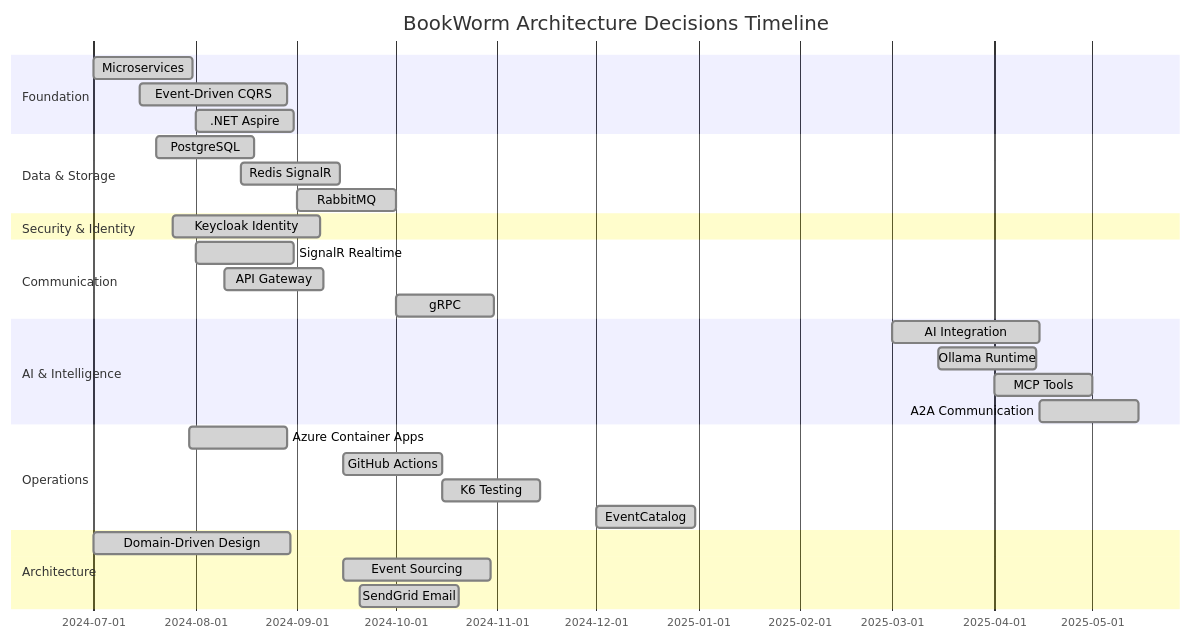
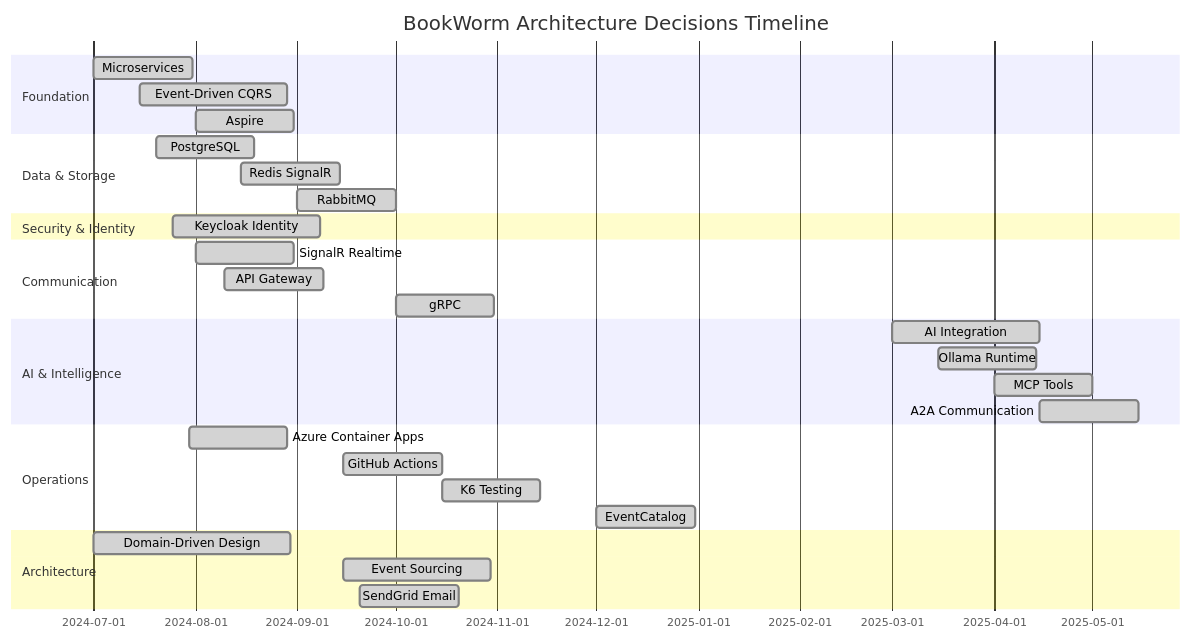
One commit to foxminchan/BookWorm changed the first of 3 diagrams in docs/docusaurus/docs/09-architecture-decisions/overview.mdx. Above: the diagram before and after it, drawn with Mermaid. The commit also changed other lines of this file and 50 other files, not shown here.

````diff
--- a/docs/docusaurus/docs/09-architecture-decisions/overview.mdx
+++ b/docs/docusaurus/docs/09-architecture-decisions/overview.mdx
@@ -19,33 +19,33 @@
 ```mermaid
 gantt
     title BookWorm Architecture Decisions Timeline
     dateFormat YYYY-MM-DD
     section Foundation
     Microservices           :done, foundation1, 2024-07-01, 30d
     Event-Driven CQRS      :done, foundation2, 2024-07-15, 45d
-    .NET Aspire            :done, foundation3, 2024-08-01, 30d
+    Aspire            :done, foundation3, 2024-08-01, 30d
     section Data & Storage
     PostgreSQL             :done, data1, 2024-07-20, 30d
     Redis SignalR          :done, data2, 2024-08-15, 30d
     RabbitMQ               :done, data3, 2024-09-01, 30d
     section Security & Identity
     Keycloak Identity      :done, security1, 2024-07-25, 45d
     section Communication
     SignalR Realtime       :done, comm1, 2024-08-01, 30d
     API Gateway            :done, comm2, 2024-08-10, 30d
     gRPC                   :done, comm3, 2024-10-01, 30d
     section AI & Intelligence
     AI Integration         :done, ai1, 2025-03-01, 45d
     Ollama Runtime         :done, ai2, 2025-03-15, 30d
     MCP Tools              :done, ai3, 2025-04-01, 30d
     A2A Communication      :done, ai4, 2025-04-15, 30d
     section Operations
     Azure Container Apps   :done, ops1, 2024-07-30, 30d
     GitHub Actions         :done, ops2, 2024-09-15, 30d
     K6 Testing             :done, ops3, 2024-10-15, 30d
     EventCatalog           :done, ops4, 2024-12-01, 30d
     section Architecture
     Domain-Driven Design   :done, arch1, 2024-07-01, 60d
     Event Sourcing         :done, arch2, 2024-09-15, 45d
     SendGrid Email         :done, arch3, 2024-09-20, 30d
 ```
````
